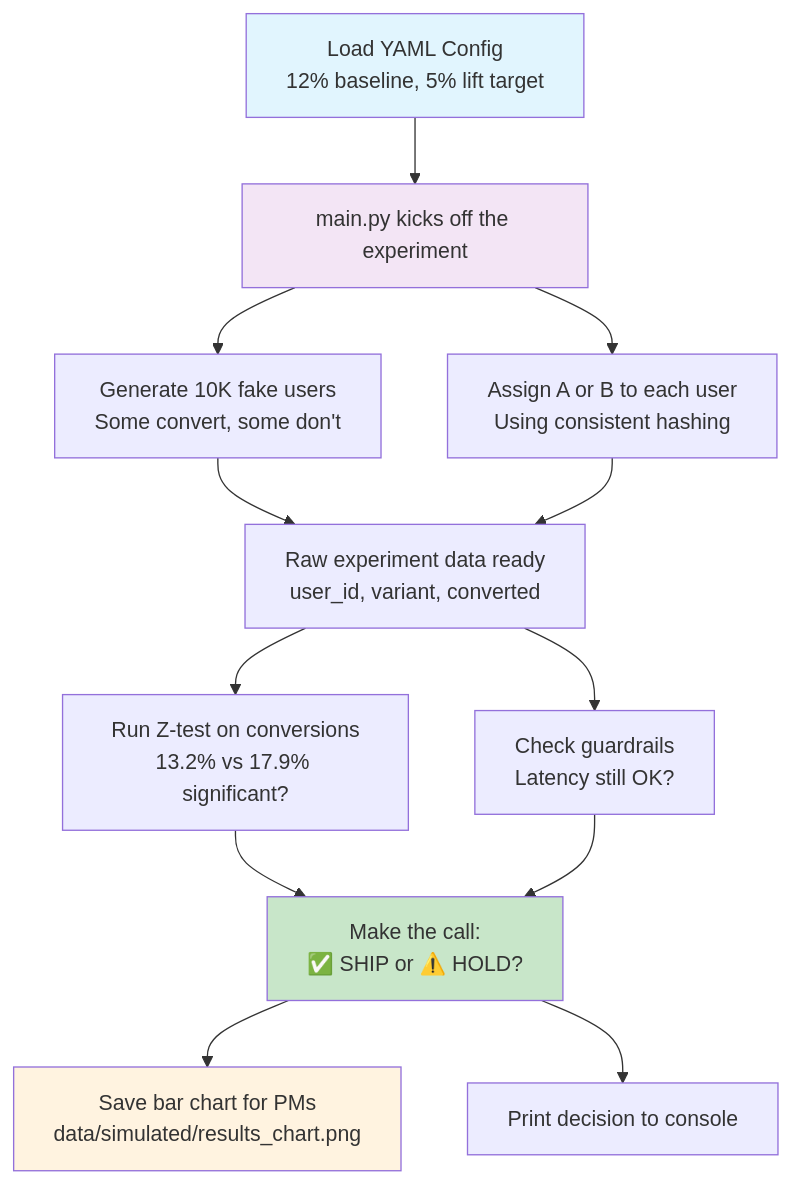
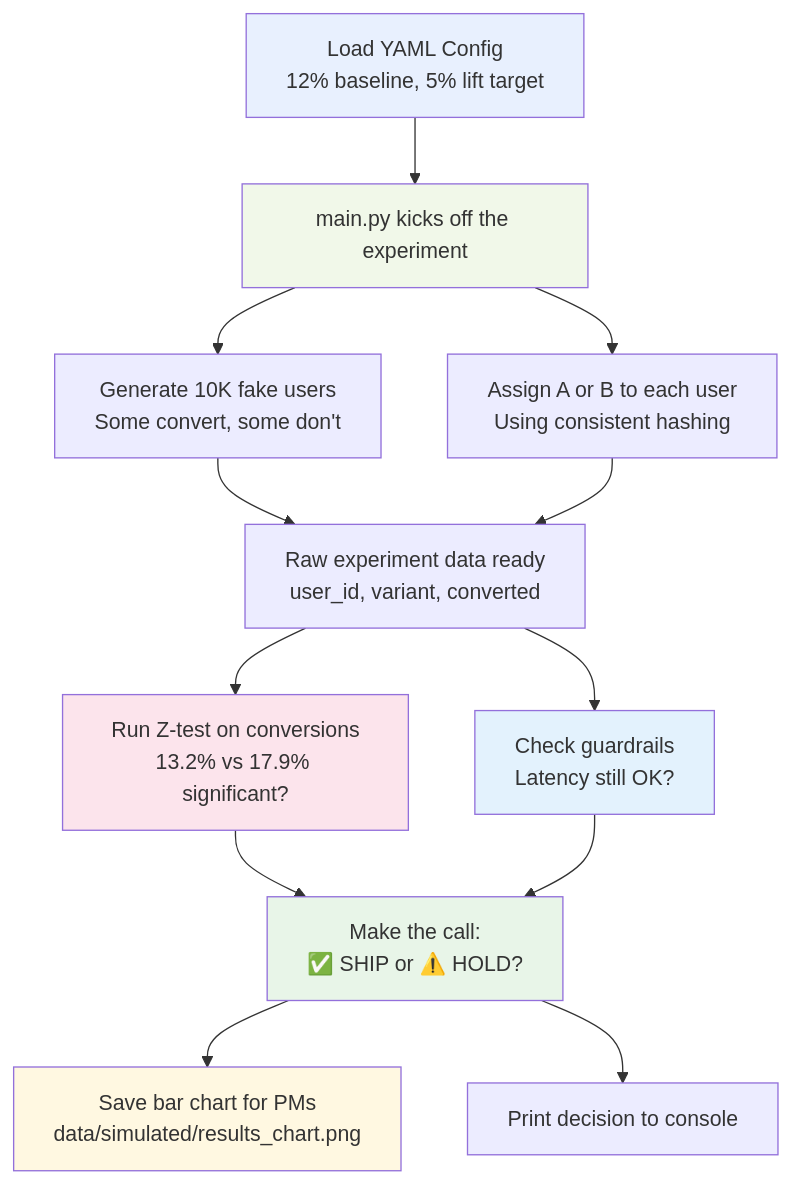
Before and after one commit to Kartz82/ab_engine: the diagram in README.md, drawn with Mermaid.

````diff
--- a/README.md
+++ b/README.md
@@ -41,24 +41,27 @@
 ```mermaid
 flowchart TD
     A["Load YAML Config<br/>12% baseline, 5% lift target"] --> B["main.py kicks off the experiment"]
     
     B --> C["Generate 10K fake users<br/>Some convert, some don't"]
     B --> D["Assign A or B to each user<br/>Using consistent hashing"]
     
     C --> E["Raw experiment data ready<br/>user_id, variant, converted"]
     D --> E
     
     E --> F["Run Z-test on conversions<br/>13.2% vs 17.9% significant?"]
     E --> G["Check guardrails<br/>Latency still OK?"]
     
     F --> H["Make the call:<br/>✅ SHIP or ⚠️ HOLD?"]
     G --> H
     
     H --> I["Save bar chart for PMs<br/>data/simulated/results_chart.png"]
     H --> J["Print decision to console"]
     
-    style A fill:#e1f5fe
-    style B fill:#f3e5f5
-    style H fill:#c8e6c9
-    style I fill:#fff3e0
+    %% Professional Google-inspired palette
+    style A fill:#e8f0fe
+    style B fill:#f1f8e9  
+    style H fill:#e8f5e8
+    style I fill:#fff8e1
+    style F fill:#fce4ec
+    style G fill:#e3f2fd
 ```
````
